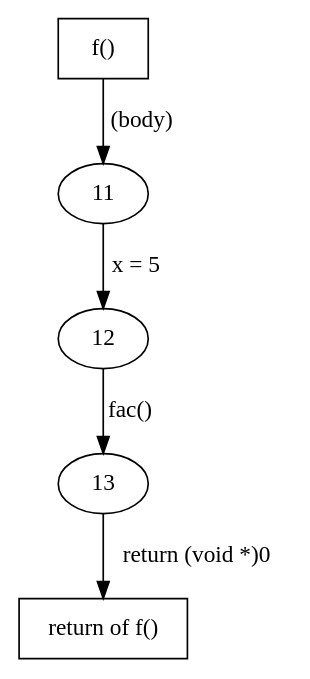
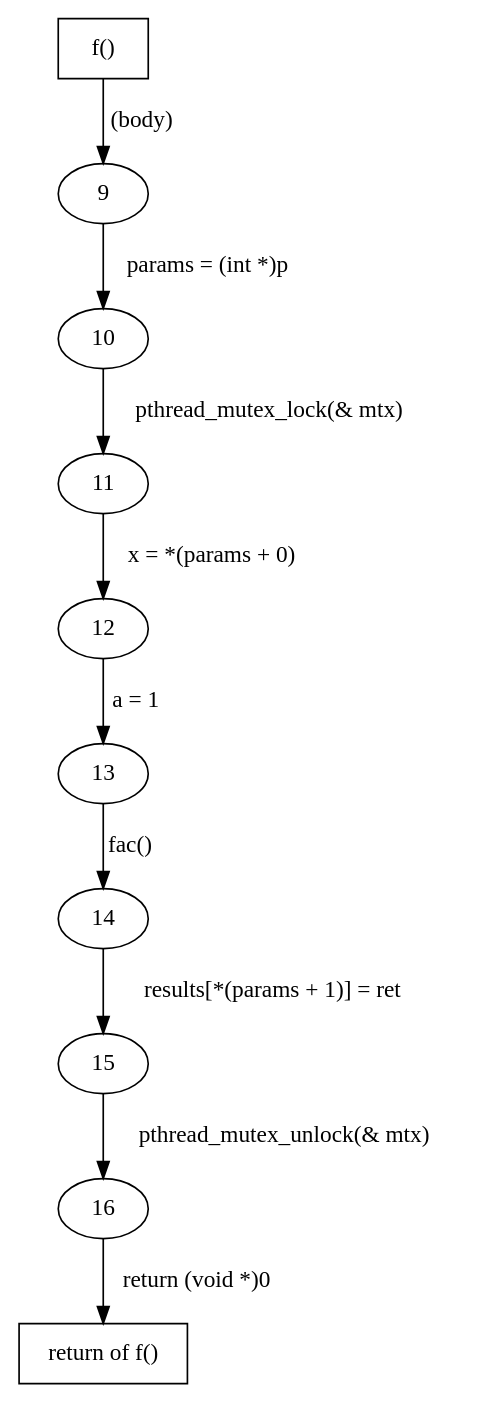
The diagram in public/dot/main.c/f.dot (goblint/gobview), drawn with Graphviz before and after one commit. The commit also changed 10 other files, not shown here.

```diff
--- a/public/dot/main.c/f.dot
+++ b/public/dot/main.c/f.dot
@@ -1,15 +1,30 @@
 digraph cfg {
-	13 -> ret528 [label = "return (void *)0
+	16 -> ret529 [label = "return (void *)0
 "] ;
-	12 -> 13 [label = "fac()
+	15 -> 16 [label = "pthread_mutex_unlock(&amp; mtx)
 "] ;
-	11 -> 12 [label = "x = 5
+	14 -> 15 [label = "results[*(params + 1)] = ret
 "] ;
-	fun528 -> 11 [label = "(body)
+	13 -> 14 [label = "fac()
 "] ;
-	ret528 [id="ret528",URL="javascript:show_info('\N');",fillcolor=white,style=filled,label ="return of f()",shape=box];
+	12 -> 13 [label = "a = 1
+"] ;
+	11 -> 12 [label = "x = *(params + 0)
+"] ;
+	10 -> 11 [label = "pthread_mutex_lock(&amp; mtx)
+"] ;
+	9 -> 10 [label = "params = (int *)p
+"] ;
+	fun529 -> 9 [label = "(body)
+"] ;
+	16 [id="16",URL="javascript:show_info('\N');",fillcolor=white,style=filled,];
+	ret529 [id="ret529",URL="javascript:show_info('\N');",fillcolor=white,style=filled,label ="return of f()",shape=box];
+	9 [id="9",URL="javascript:show_info('\N');",fillcolor=white,style=filled,];
+	10 [id="10",URL="javascript:show_info('\N');",fillcolor=white,style=filled,];
 	11 [id="11",URL="javascript:show_info('\N');",fillcolor=white,style=filled,];
 	12 [id="12",URL="javascript:show_info('\N');",fillcolor=white,style=filled,];
 	13 [id="13",URL="javascript:show_info('\N');",fillcolor=white,style=filled,];
-	fun528 [id="fun528",URL="javascript:show_info('\N');",fillcolor=white,style=filled,label ="f()",shape=box];
+	14 [id="14",URL="javascript:show_info('\N');",fillcolor=white,style=filled,];
+	fun529 [id="fun529",URL="javascript:show_info('\N');",fillcolor=white,style=filled,label ="f()",shape=box];
+	15 [id="15",URL="javascript:show_info('\N');",fillcolor=white,style=filled,];
 }
```
